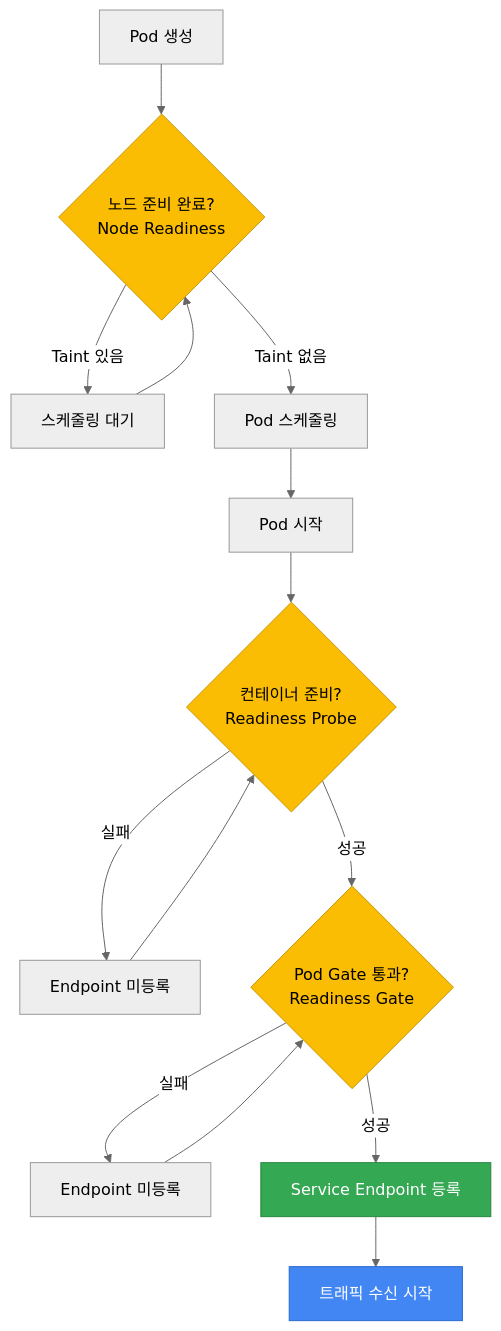
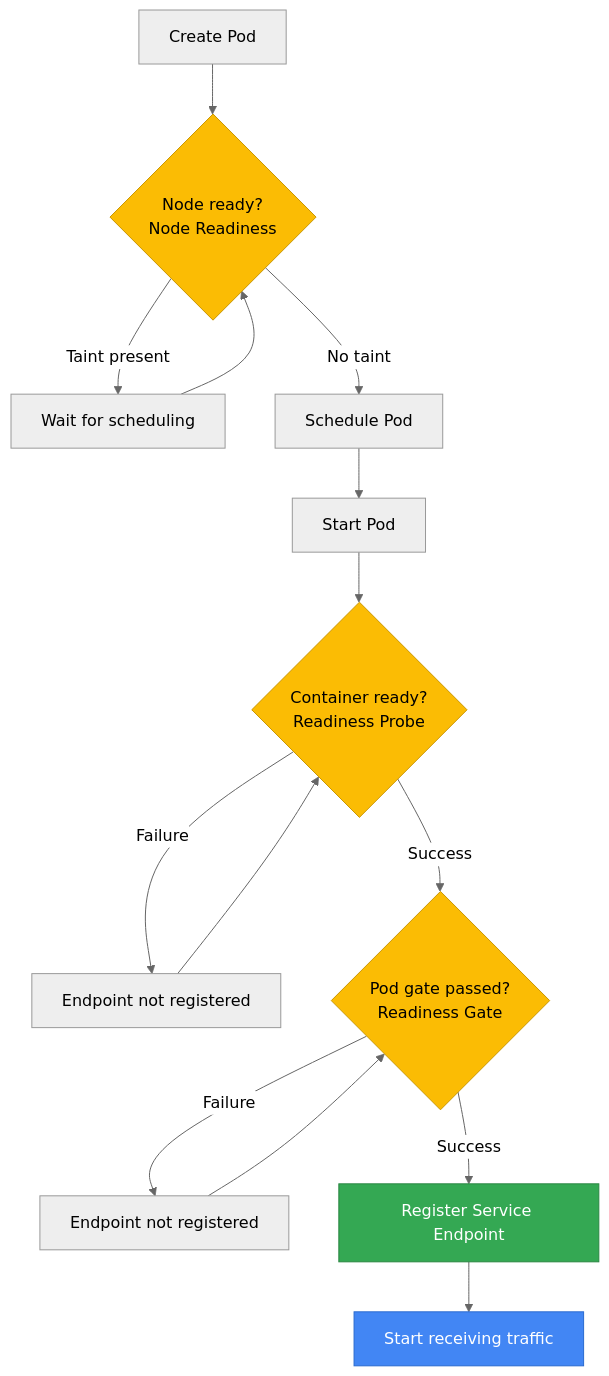
Before and after one commit to devfloor9/engineering-playbook: the second of 2 diagrams in docs/eks-best-practices/operations-reliability/pod-lifecycle/node-readiness.md, drawn with Mermaid (neutral theme). The commit also changed other lines of this file and 954 other files, not shown here.

````diff
--- a/docs/eks-best-practices/operations-reliability/pod-lifecycle/node-readiness.md
+++ b/docs/eks-best-practices/operations-reliability/pod-lifecycle/node-readiness.md
@@ -434,27 +434,27 @@
 ```mermaid
 flowchart TD
-    START[Pod 생성]
+    START[Create Pod]
 
-    START --> NODE_CHECK{노드 준비 완료?<br/>Node Readiness}
-    NODE_CHECK -->|Taint 있음| WAIT_NODE[스케줄링 대기]
+    START --> NODE_CHECK{Node ready?<br/>Node Readiness}
+    NODE_CHECK -->|Taint present| WAIT_NODE[Wait for scheduling]
     WAIT_NODE --> NODE_CHECK
-    NODE_CHECK -->|Taint 없음| SCHEDULE[Pod 스케줄링]
+    NODE_CHECK -->|No taint| SCHEDULE[Schedule Pod]
 
-    SCHEDULE --> POD_START[Pod 시작]
-    POD_START --> CONTAINER_CHECK{컨테이너 준비?<br/>Readiness Probe}
-    CONTAINER_CHECK -->|실패| WAIT_CONTAINER[Endpoint 미등록]
+    SCHEDULE --> POD_START[Start Pod]
+    POD_START --> CONTAINER_CHECK{Container ready?<br/>Readiness Probe}
+    CONTAINER_CHECK -->|Failure| WAIT_CONTAINER[Endpoint not registered]
     WAIT_CONTAINER --> CONTAINER_CHECK
-    CONTAINER_CHECK -->|성공| GATE_CHECK{Pod Gate 통과?<br/>Readiness Gate}
+    CONTAINER_CHECK -->|Success| GATE_CHECK{Pod gate passed?<br/>Readiness Gate}
 
-    GATE_CHECK -->|실패| WAIT_GATE[Endpoint 미등록]
+    GATE_CHECK -->|Failure| WAIT_GATE[Endpoint not registered]
     WAIT_GATE --> GATE_CHECK
-    GATE_CHECK -->|성공| READY[Service Endpoint 등록]
+    GATE_CHECK -->|Success| READY[Register Service Endpoint]
 
-    READY --> TRAFFIC[트래픽 수신 시작]
+    READY --> TRAFFIC[Start receiving traffic]
 
     style NODE_CHECK fill:#fbbc04,stroke:#c99603,color:#000
     style CONTAINER_CHECK fill:#fbbc04,stroke:#c99603,color:#000
     style GATE_CHECK fill:#fbbc04,stroke:#c99603,color:#000
     style READY fill:#34a853,stroke:#2a8642,color:#fff
     style TRAFFIC fill:#4286f4,stroke:#2a6acf,color:#fff
 ```
````
